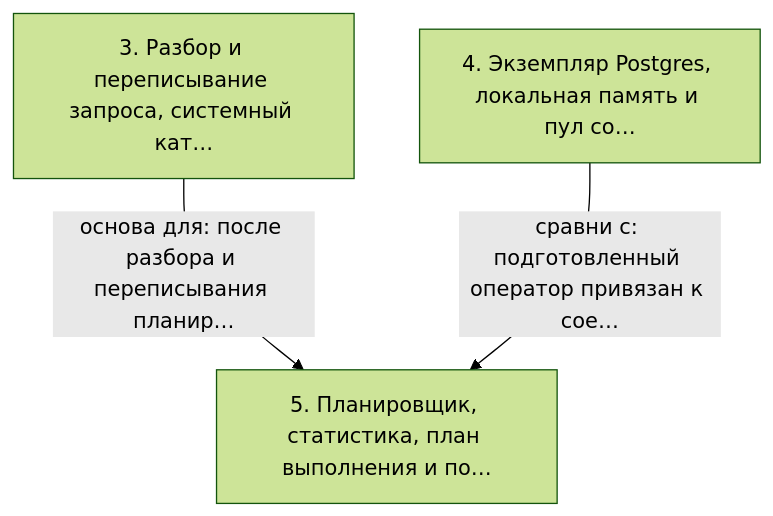
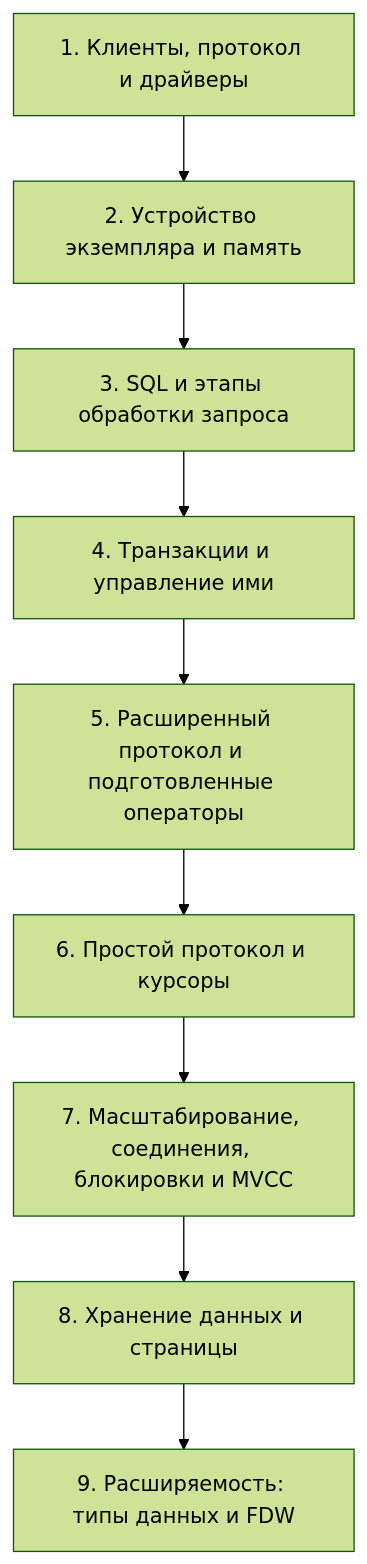
Before and after one commit to AsoloCode/notes: the diagram in postgres-dev1/03 - DEV1-16. 02. Общее устройство PostgreSQL/notes.md, drawn with Mermaid (forest theme). The commit also changed other lines of this file and 503 other files, not shown here.

First line of the commit message:
Обновить конспекты PostgreSQL (QPT-16, DEV1-16): слайды, схемы, факт-чек

````diff
--- a/postgres-dev1/03 - DEV1-16. 02. Общее устройство PostgreSQL/notes.md
+++ b/postgres-dev1/03 - DEV1-16. 02. Общее устройство PostgreSQL/notes.md
@@ -107,8 +250,20 @@
 ```mermaid
 flowchart TD
-    n3["3. Разбор и переписывание запроса, системный кат…"]
-    n4["4. Экземпляр Postgres, локальная память и пул со…"]
-    n5["5. Планировщик, статистика, план выполнения и по…"]
-    n3 -->|основа для: после разбора и переписывания планир…| n5
-    n4 -->|сравни с: подготовленный оператор привязан к сое…| n5
+    n1["1. Клиенты, протокол и драйверы"]
+    n2["2. Устройство экземпляра и память"]
+    n3["3. SQL и этапы обработки запроса"]
+    n4["4. Транзакции и управление ими"]
+    n5["5. Расширенный протокол и подготовленные операторы"]
+    n6["6. Простой протокол и курсоры"]
+    n7["7. Масштабирование, соединения, блокировки и MVCC"]
+    n8["8. Хранение данных и страницы"]
+    n9["9. Расширяемость: типы данных и FDW"]
+    n1 --> n2
+    n2 --> n3
+    n3 --> n4
+    n4 --> n5
+    n5 --> n6
+    n6 --> n7
+    n7 --> n8
+    n8 --> n9
 ```
````
